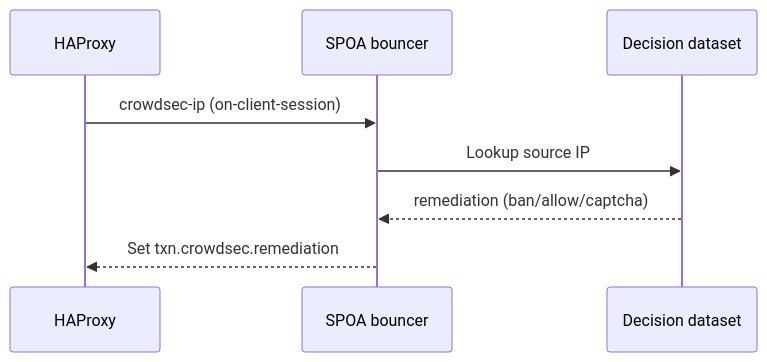
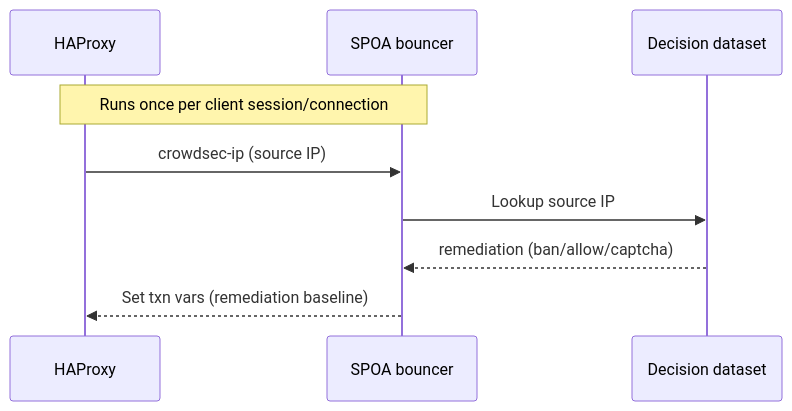
Before and after one commit to crowdsecurity/cs-haproxy-spoa-bouncer: the third of 7 diagrams in README.md, drawn with Mermaid. The commit also changed other lines of this file, not shown here.

Commit message:
docs: improve request flow diagrams

````diff
--- a/README.md
+++ b/README.md
@@ -52,11 +79,12 @@
 ```mermaid
 sequenceDiagram
     participant HAProxy
     participant SPOA as SPOA bouncer
     participant Dataset as Decision dataset
 
-    HAProxy->>SPOA: crowdsec-ip (on-client-session)
+    Note over HAProxy,SPOA: Runs once per client session/connection
+    HAProxy->>SPOA: crowdsec-ip (source IP)
     SPOA->>Dataset: Lookup source IP
     Dataset-->>SPOA: remediation (ban/allow/captcha)
-    SPOA-->>HAProxy: Set txn.crowdsec.remediation
+    SPOA-->>HAProxy: Set txn vars (remediation baseline)
 ```
````
